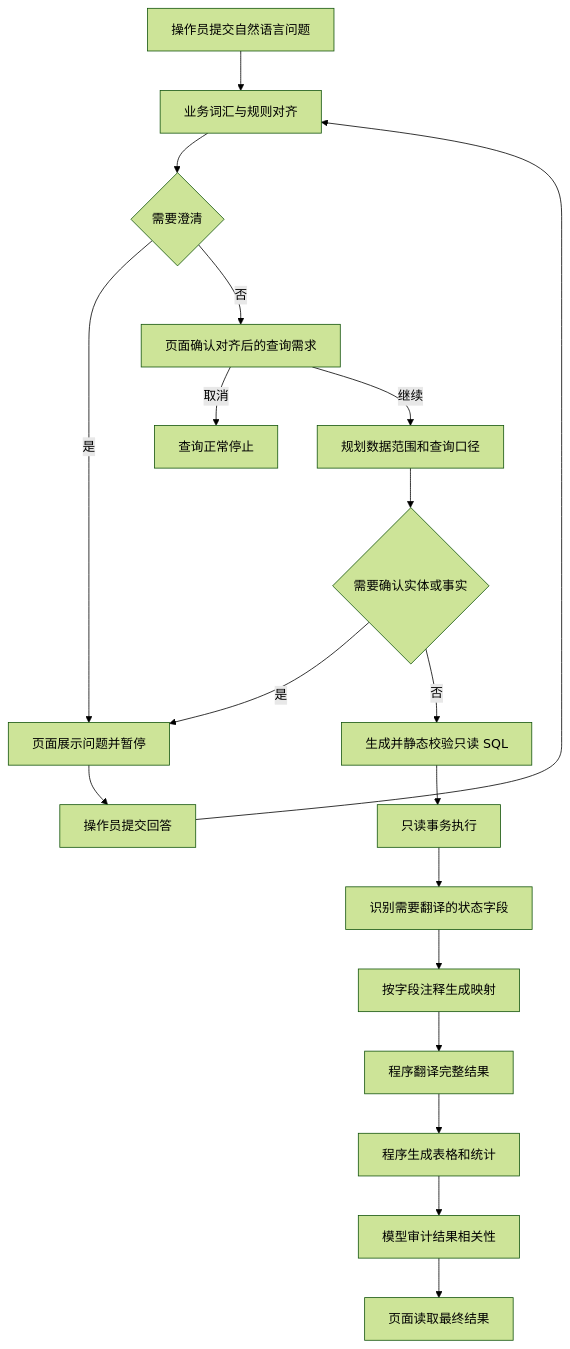
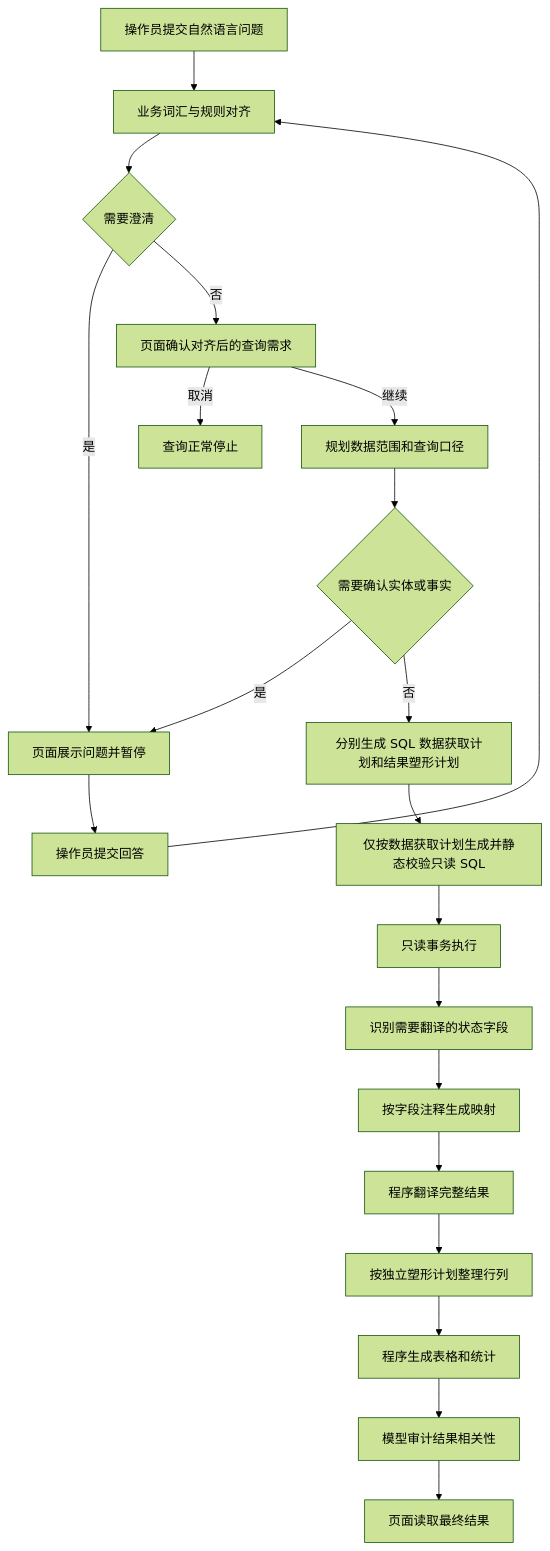
The diagram in description/features/query-agent.md (caicai-6666/flame-sport-pheno-manage-be), drawn with Mermaid (forest theme) before and after one commit. The commit also changed other lines of this file and 18 other files, not shown here.

````diff
--- a/description/features/query-agent.md
+++ b/description/features/query-agent.md
@@ -27,21 +27,23 @@
 ```mermaid
 flowchart TD
     A[操作员提交自然语言问题] --> B[业务词汇与规则对齐]
     B --> C{需要澄清}
     C -->|是| D[页面展示问题并暂停]
     D --> E[操作员提交回答]
     E --> B
     C -->|否| F[页面确认对齐后的查询需求]
     F -->|取消| G[查询正常停止]
     F -->|继续| H[规划数据范围和查询口径]
     H --> I{需要确认实体或事实}
     I -->|是| D
-    I -->|否| J[生成并静态校验只读 SQL]
-    J --> K[只读事务执行]
-    K --> L[识别需要翻译的状态字段]
-    L --> M[按字段注释生成映射]
-    M --> N[程序翻译完整结果]
-    N --> O[程序生成表格和统计]
-    O --> P[模型审计结果相关性]
-    P --> Q[页面读取最终结果]
+    I -->|否| J[分别生成 SQL 数据获取计划和结果塑形计划]
+    J --> K[仅按数据获取计划生成并静态校验只读 SQL]
+    K --> L[只读事务执行]
+    L --> M[识别需要翻译的状态字段]
+    M --> N[按字段注释生成映射]
+    N --> O[程序翻译完整结果]
+    O --> R[按独立塑形计划整理行列]
+    R --> S[程序生成表格和统计]
+    S --> T[模型审计结果相关性]
+    T --> U[页面读取最终结果]
 ```
````
